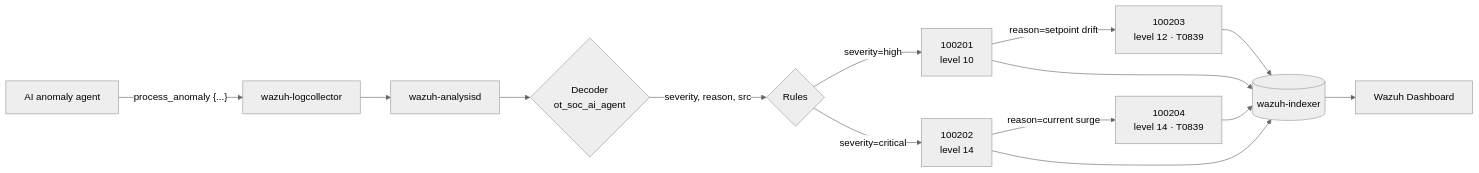
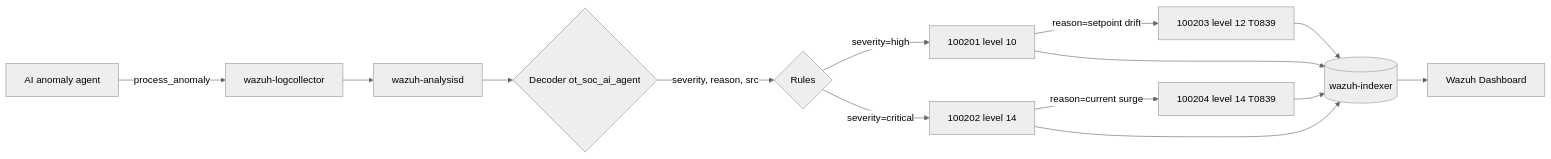
The first of 3 diagrams in README.md (olufemiadeoye77/ot-soc-refinery), drawn with Mermaid (neutral theme) before and after one commit. The commit also changed other lines of this file, not shown here.

````diff
--- a/README.md
+++ b/README.md
@@ -43,16 +45,16 @@
 ```mermaid
 flowchart LR
-    A[AI anomaly agent] -->|"process_anomaly {...}"| B[wazuh-logcollector]
+    A[AI anomaly agent] -->|"process_anomaly"| B[wazuh-logcollector]
     B --> C[wazuh-analysisd]
-    C --> D{Decoder<br/>ot_soc_ai_agent}
-    D -->|severity, reason, src| E{Rules}
-    E -->|severity=high| F[100201<br/>level 10]
-    E -->|severity=critical| G[100202<br/>level 14]
-    F -->|reason=setpoint drift| H[100203<br/>level 12 · T0839]
-    G -->|reason=current surge| I[100204<br/>level 14 · T0839]
+    C --> D{Decoder ot_soc_ai_agent}
+    D -->|"severity, reason, src"| E{Rules}
+    E -->|"severity=high"| F["100201 level 10"]
+    E -->|"severity=critical"| G["100202 level 14"]
+    F -->|"reason=setpoint drift"| H["100203 level 12 T0839"]
+    G -->|"reason=current surge"| I["100204 level 14 T0839"]
     F --> J[(wazuh-indexer)]
     G --> J
     H --> J
     I --> J
     J --> K[Wazuh Dashboard]
 ```
````
